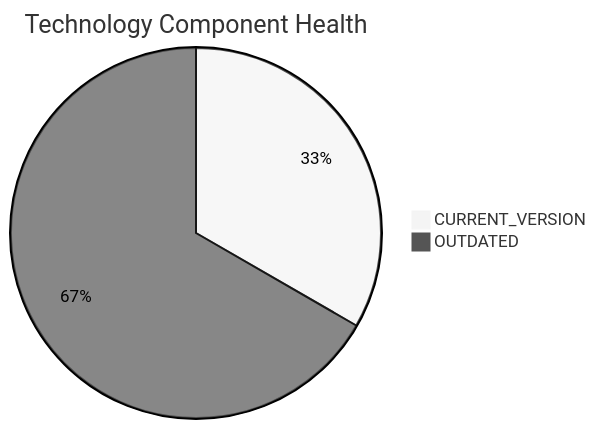
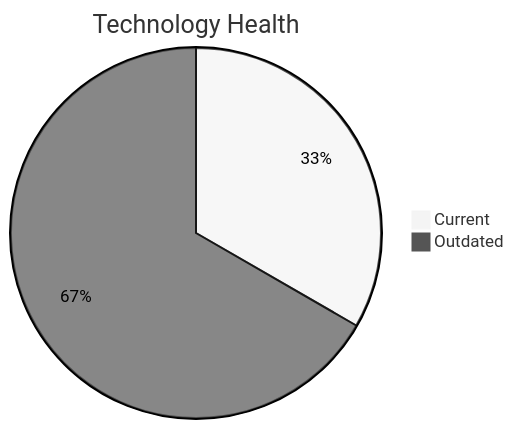
One commit to ktruchcz/copilot-test-ktruchcz changed the diagram in discover/output/reports/apps/app001.md. Above: the diagram before and after it, drawn with Mermaid (neutral theme). The commit also changed other lines of this file and 227 other files, not shown here.

````diff
--- a/discover/output/reports/apps/app001.md
+++ b/discover/output/reports/apps/app001.md
@@ -37,5 +32,5 @@
 ```mermaid
-pie title Technology Component Health
-    "CURRENT_VERSION" : 1
-    "OUTDATED" : 2
+pie title Technology Health
+    "Current" : 1
+    "Outdated" : 2
 ```
````
